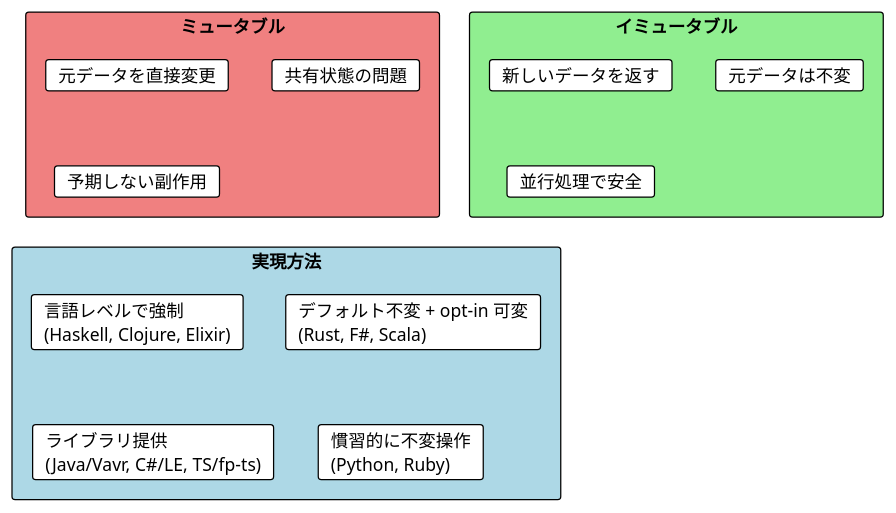
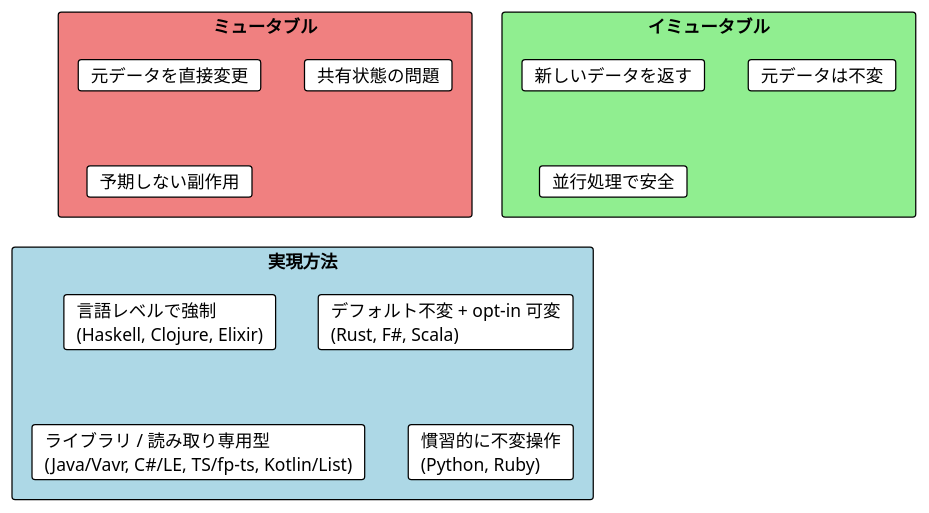
The first of 6 diagrams in docs/article/all/part-2-ch03-immutable-data.md (k2works/grokkingfp-excersice), drawn with PlantUML before and after one commit. The commit also changed other lines of this file and 1 other file, not shown here.

````diff
--- a/docs/article/all/part-2-ch03-immutable-data.md
+++ b/docs/article/all/part-2-ch03-immutable-data.md
@@ -13,25 +13,25 @@
 ```plantuml
 @startuml
 !theme plain
 
 rectangle "ミュータブル" #LightCoral {
   card "元データを直接変更" as mut1
   card "共有状態の問題" as mut2
   card "予期しない副作用" as mut3
 }
 
 rectangle "イミュータブル" #LightGreen {
   card "新しいデータを返す" as imm1
   card "元データは不変" as imm2
   card "並行処理で安全" as imm3
 }
 
 rectangle "実現方法" #LightBlue {
   card "言語レベルで強制\n(Haskell, Clojure, Elixir)" as l1
   card "デフォルト不変 + opt-in 可変\n(Rust, F#, Scala)" as l2
-  card "ライブラリ提供\n(Java/Vavr, C#/LE, TS/fp-ts)" as l3
+  card "ライブラリ / 読み取り専用型\n(Java/Vavr, C#/LE, TS/fp-ts, Kotlin/List)" as l3
   card "慣習的に不変操作\n(Python, Ruby)" as l4
 }
 
 @enduml
 ```
````
